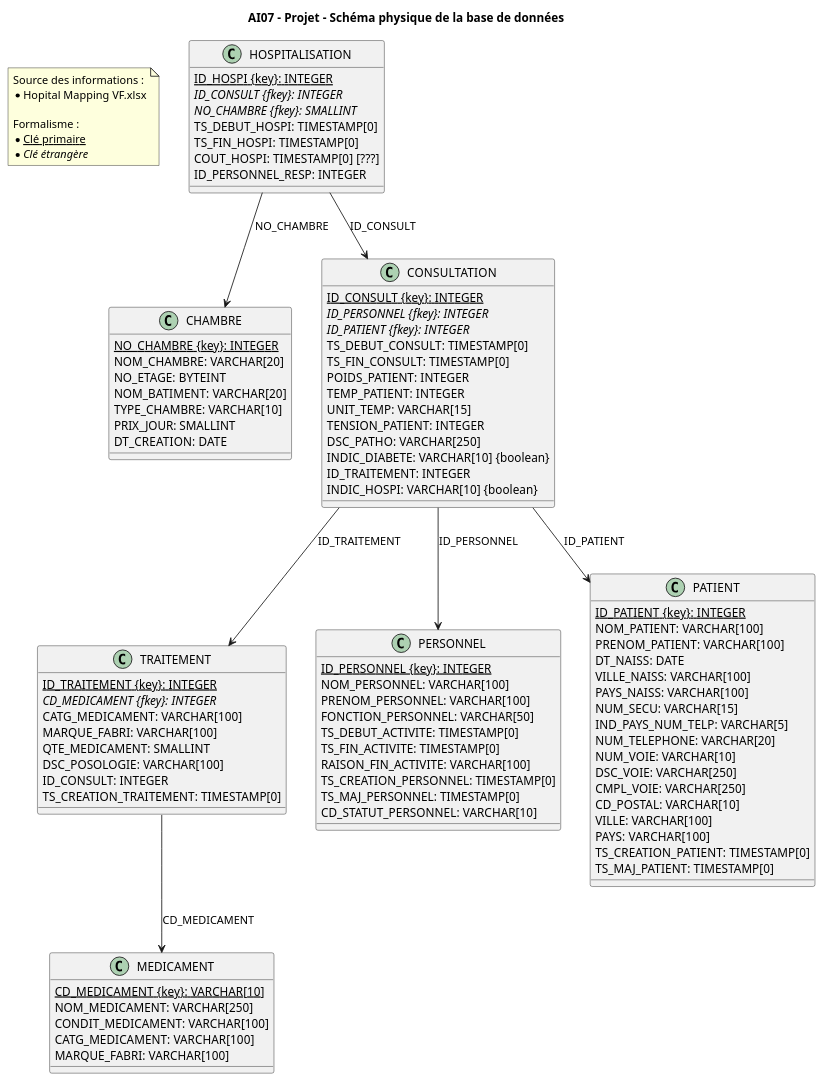
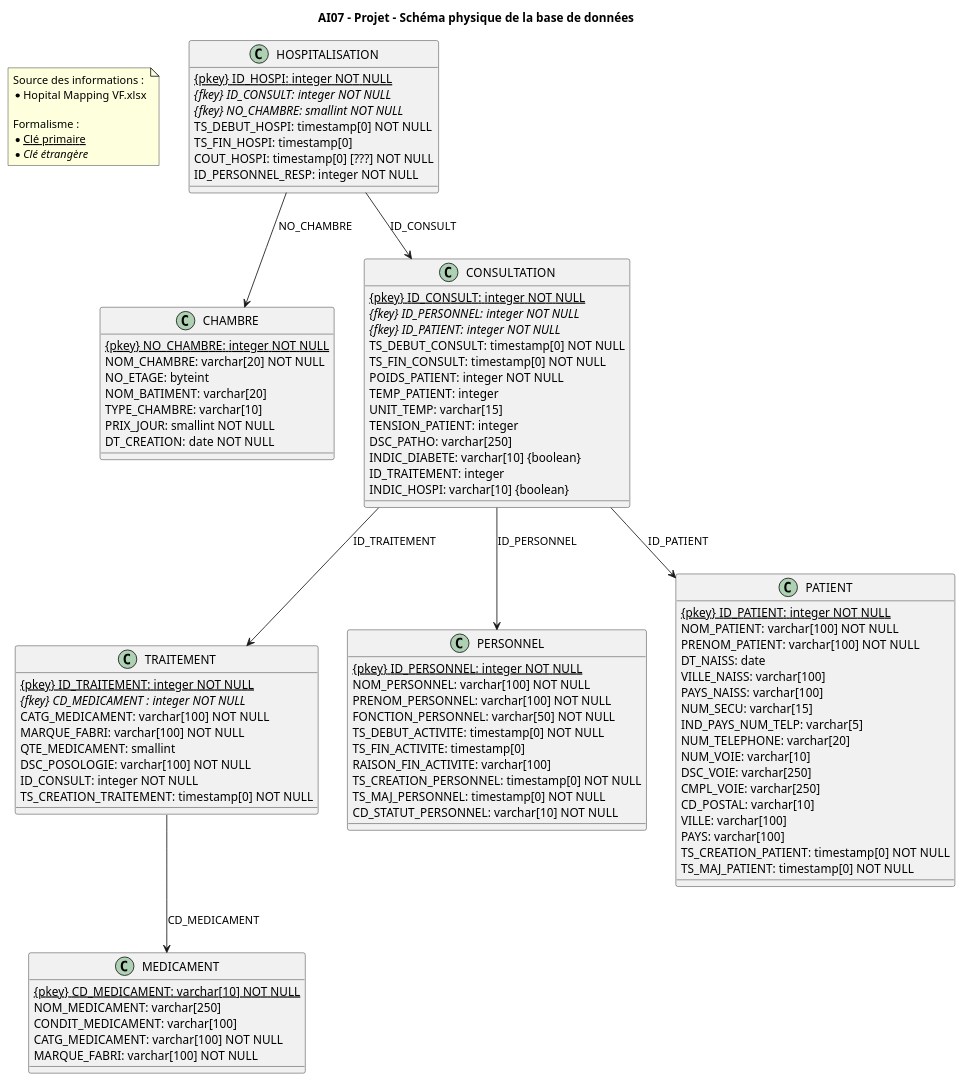
The diagram in Documentation/schema_physique.puml (vlkduro/datawarehouse-snowflake-project), drawn with PlantUML before and after one commit. The commit also changed 1 other file, not shown here.

Commit message:
[Doc] Schema physique V1.1

```diff
--- a/Documentation/schema_physique.puml
+++ b/Documentation/schema_physique.puml
@@ -1,109 +1,109 @@
 @startuml schema_physique
 title AI07 - Projet - Schéma physique de la base de données
 
 note as N_Source
   Source des informations :
   * Hopital Mapping VF.xlsx
   
   Formalisme :
   * <u>Clé primaire</u>
   * <i>Clé étrangère</i>
 end note
 
 class CHAMBRE {
-  {static} NO_CHAMBRE {key}: INTEGER
-  NOM_CHAMBRE: VARCHAR[20]
-  NO_ETAGE: BYTEINT
-  NOM_BATIMENT: VARCHAR[20]
-  TYPE_CHAMBRE: VARCHAR[10]
-  PRIX_JOUR: SMALLINT
-  DT_CREATION: DATE
+  {static} {pkey} NO_CHAMBRE: integer NOT NULL
+  NOM_CHAMBRE: varchar[20] NOT NULL
+  NO_ETAGE: byteint
+  NOM_BATIMENT: varchar[20]
+  TYPE_CHAMBRE: varchar[10]
+  PRIX_JOUR: smallint NOT NULL
+  DT_CREATION: date NOT NULL
 }
 
 class TRAITEMENT {
-  {static} ID_TRAITEMENT {key}: INTEGER
-  {abstract} CD_MEDICAMENT {fkey}: INTEGER
-  CATG_MEDICAMENT: VARCHAR[100]
-  MARQUE_FABRI: VARCHAR[100]
-  QTE_MEDICAMENT: SMALLINT
-  DSC_POSOLOGIE: VARCHAR[100]
-  ID_CONSULT: INTEGER
-  TS_CREATION_TRAITEMENT: TIMESTAMP[0]
+  {static} {pkey} ID_TRAITEMENT: integer NOT NULL
+  {abstract} {fkey} CD_MEDICAMENT : integer NOT NULL
+  CATG_MEDICAMENT: varchar[100] NOT NULL
+  MARQUE_FABRI: varchar[100] NOT NULL
+  QTE_MEDICAMENT: smallint
+  DSC_POSOLOGIE: varchar[100] NOT NULL
+  ID_CONSULT: integer NOT NULL
+  TS_CREATION_TRAITEMENT: timestamp[0] NOT NULL
 }
 
 class PERSONNEL {
-  {static} ID_PERSONNEL {key}: INTEGER
-  NOM_PERSONNEL: VARCHAR[100]
-  PRENOM_PERSONNEL: VARCHAR[100]
-  FONCTION_PERSONNEL: VARCHAR[50]
-  TS_DEBUT_ACTIVITE: TIMESTAMP[0]
-  TS_FIN_ACTIVITE: TIMESTAMP[0]
-  RAISON_FIN_ACTIVITE: VARCHAR[100]
-  TS_CREATION_PERSONNEL: TIMESTAMP[0]
-  TS_MAJ_PERSONNEL: TIMESTAMP[0]
-  CD_STATUT_PERSONNEL: VARCHAR[10]
+  {static} {pkey} ID_PERSONNEL: integer NOT NULL
+  NOM_PERSONNEL: varchar[100] NOT NULL
+  PRENOM_PERSONNEL: varchar[100] NOT NULL
+  FONCTION_PERSONNEL: varchar[50] NOT NULL
+  TS_DEBUT_ACTIVITE: timestamp[0] NOT NULL
+  TS_FIN_ACTIVITE: timestamp[0]
+  RAISON_FIN_ACTIVITE: varchar[100]
+  TS_CREATION_PERSONNEL: timestamp[0] NOT NULL
+  TS_MAJ_PERSONNEL: timestamp[0] NOT NULL
+  CD_STATUT_PERSONNEL: varchar[10] NOT NULL
 }
 
 class PATIENT {
-  {static} ID_PATIENT {key}: INTEGER
-  NOM_PATIENT: VARCHAR[100]
-  PRENOM_PATIENT: VARCHAR[100]
-  DT_NAISS: DATE
-  VILLE_NAISS: VARCHAR[100]
-  PAYS_NAISS: VARCHAR[100]
-  NUM_SECU: VARCHAR[15]
-  IND_PAYS_NUM_TELP: VARCHAR[5]
-  NUM_TELEPHONE: VARCHAR[20]
-  NUM_VOIE: VARCHAR[10]
-  DSC_VOIE: VARCHAR[250]
-  CMPL_VOIE: VARCHAR[250]
-  CD_POSTAL: VARCHAR[10]
-  VILLE: VARCHAR[100]
-  PAYS: VARCHAR[100]
-  TS_CREATION_PATIENT: TIMESTAMP[0]
-  TS_MAJ_PATIENT: TIMESTAMP[0]
+  {static} {pkey} ID_PATIENT: integer NOT NULL
+  NOM_PATIENT: varchar[100] NOT NULL
+  PRENOM_PATIENT: varchar[100] NOT NULL
+  DT_NAISS: date
+  VILLE_NAISS: varchar[100]
+  PAYS_NAISS: varchar[100]
+  NUM_SECU: varchar[15]
+  IND_PAYS_NUM_TELP: varchar[5]
+  NUM_TELEPHONE: varchar[20]
+  NUM_VOIE: varchar[10]
+  DSC_VOIE: varchar[250]
+  CMPL_VOIE: varchar[250]
+  CD_POSTAL: varchar[10]
+  VILLE: varchar[100]
+  PAYS: varchar[100]
+  TS_CREATION_PATIENT: timestamp[0] NOT NULL
+  TS_MAJ_PATIENT: timestamp[0] NOT NULL
 }
 
 class CONSULTATION {
-  {static} ID_CONSULT {key}: INTEGER
-  {abstract} ID_PERSONNEL {fkey}: INTEGER
-  {abstract} ID_PATIENT {fkey}: INTEGER
-  TS_DEBUT_CONSULT: TIMESTAMP[0]
-  TS_FIN_CONSULT: TIMESTAMP[0]
-  POIDS_PATIENT: INTEGER
-  TEMP_PATIENT: INTEGER
-  UNIT_TEMP: VARCHAR[15]
-  TENSION_PATIENT: INTEGER
-  DSC_PATHO: VARCHAR[250]
-  INDIC_DIABETE: VARCHAR[10] {boolean}
-  ID_TRAITEMENT: INTEGER
-  INDIC_HOSPI: VARCHAR[10] {boolean}
+  {static} {pkey} ID_CONSULT: integer NOT NULL
+  {abstract} {fkey} ID_PERSONNEL: integer NOT NULL
+  {abstract} {fkey} ID_PATIENT: integer NOT NULL
+  TS_DEBUT_CONSULT: timestamp[0] NOT NULL
+  TS_FIN_CONSULT: timestamp[0] NOT NULL
+  POIDS_PATIENT: integer NOT NULL
+  TEMP_PATIENT: integer
+  UNIT_TEMP: varchar[15]
+  TENSION_PATIENT: integer
+  DSC_PATHO: varchar[250]
+  INDIC_DIABETE: varchar[10] {boolean}
+  ID_TRAITEMENT: integer
+  INDIC_HOSPI: varchar[10] {boolean}
 }
 
 class HOSPITALISATION {
-  {static} ID_HOSPI {key}: INTEGER
-  {abstract} ID_CONSULT {fkey}: INTEGER
-  {abstract} NO_CHAMBRE {fkey}: SMALLINT
-  TS_DEBUT_HOSPI: TIMESTAMP[0]
-  TS_FIN_HOSPI: TIMESTAMP[0]
-  COUT_HOSPI: TIMESTAMP[0] [???]
-  ID_PERSONNEL_RESP: INTEGER
+  {static} {pkey} ID_HOSPI: integer NOT NULL
+  {abstract} {fkey} ID_CONSULT: integer NOT NULL
+  {abstract} {fkey} NO_CHAMBRE: smallint NOT NULL
+  TS_DEBUT_HOSPI: timestamp[0] NOT NULL
+  TS_FIN_HOSPI: timestamp[0]
+  COUT_HOSPI: timestamp[0] [???] NOT NULL
+  ID_PERSONNEL_RESP: integer NOT NULL
 }
 
 class MEDICAMENT {
-  {static} CD_MEDICAMENT {key}: VARCHAR[10] 
-  NOM_MEDICAMENT: VARCHAR[250]
-  CONDIT_MEDICAMENT: VARCHAR[100]
-  CATG_MEDICAMENT: VARCHAR[100]
-  MARQUE_FABRI: VARCHAR[100]
+  {static} {pkey} CD_MEDICAMENT: varchar[10] NOT NULL
+  NOM_MEDICAMENT: varchar[250]
+  CONDIT_MEDICAMENT: varchar[100]
+  CATG_MEDICAMENT: varchar[100] NOT NULL
+  MARQUE_FABRI: varchar[100] NOT NULL
 }
 
 TRAITEMENT --> MEDICAMENT : CD_MEDICAMENT
 
 CONSULTATION --> PERSONNEL : ID_PERSONNEL
 CONSULTATION --> PATIENT : ID_PATIENT
 CONSULTATION --> TRAITEMENT : ID_TRAITEMENT
 
 HOSPITALISATION --> CONSULTATION : ID_CONSULT 
 HOSPITALISATION --> CHAMBRE : NO_CHAMBRE
 @enduml
```
